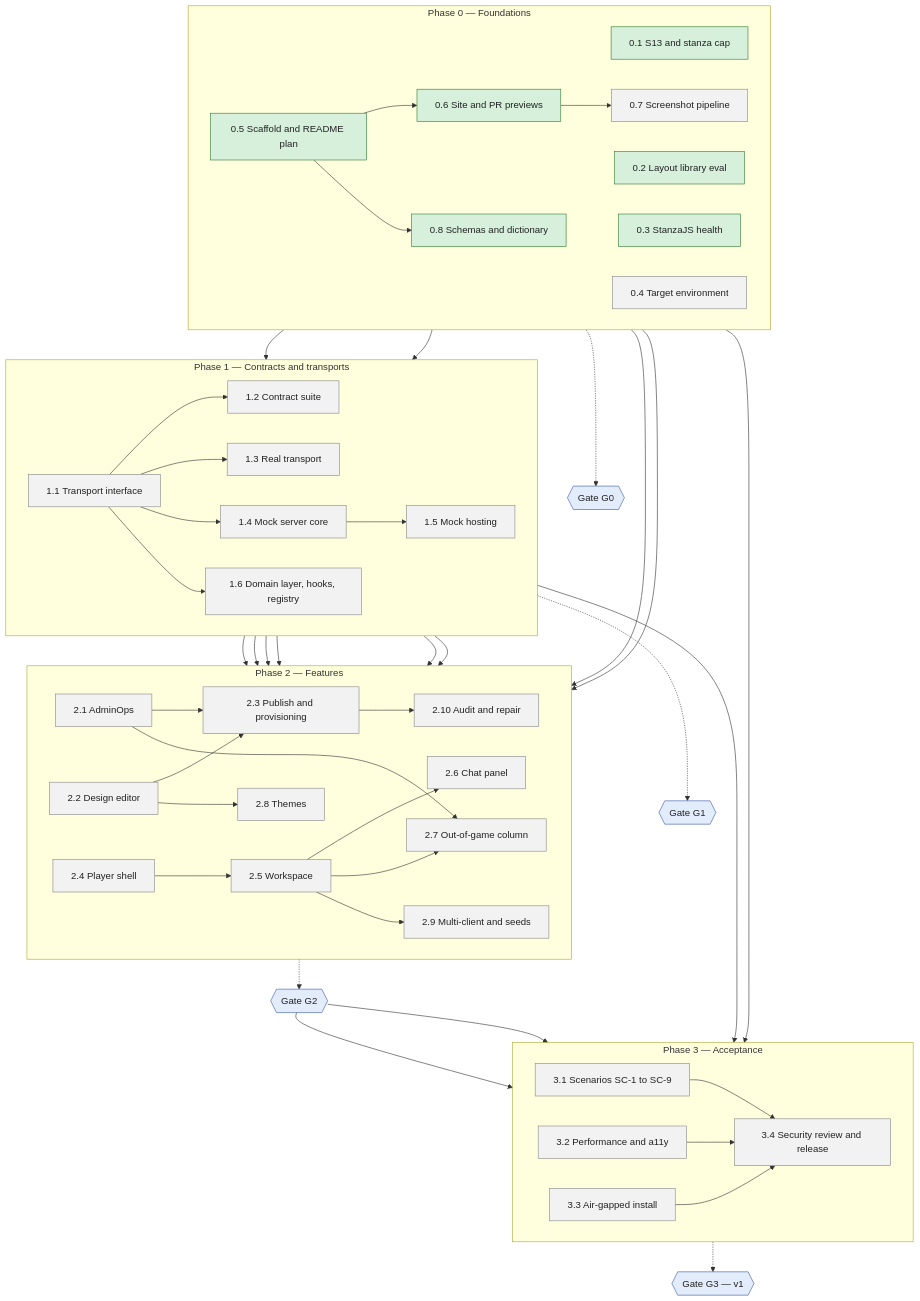
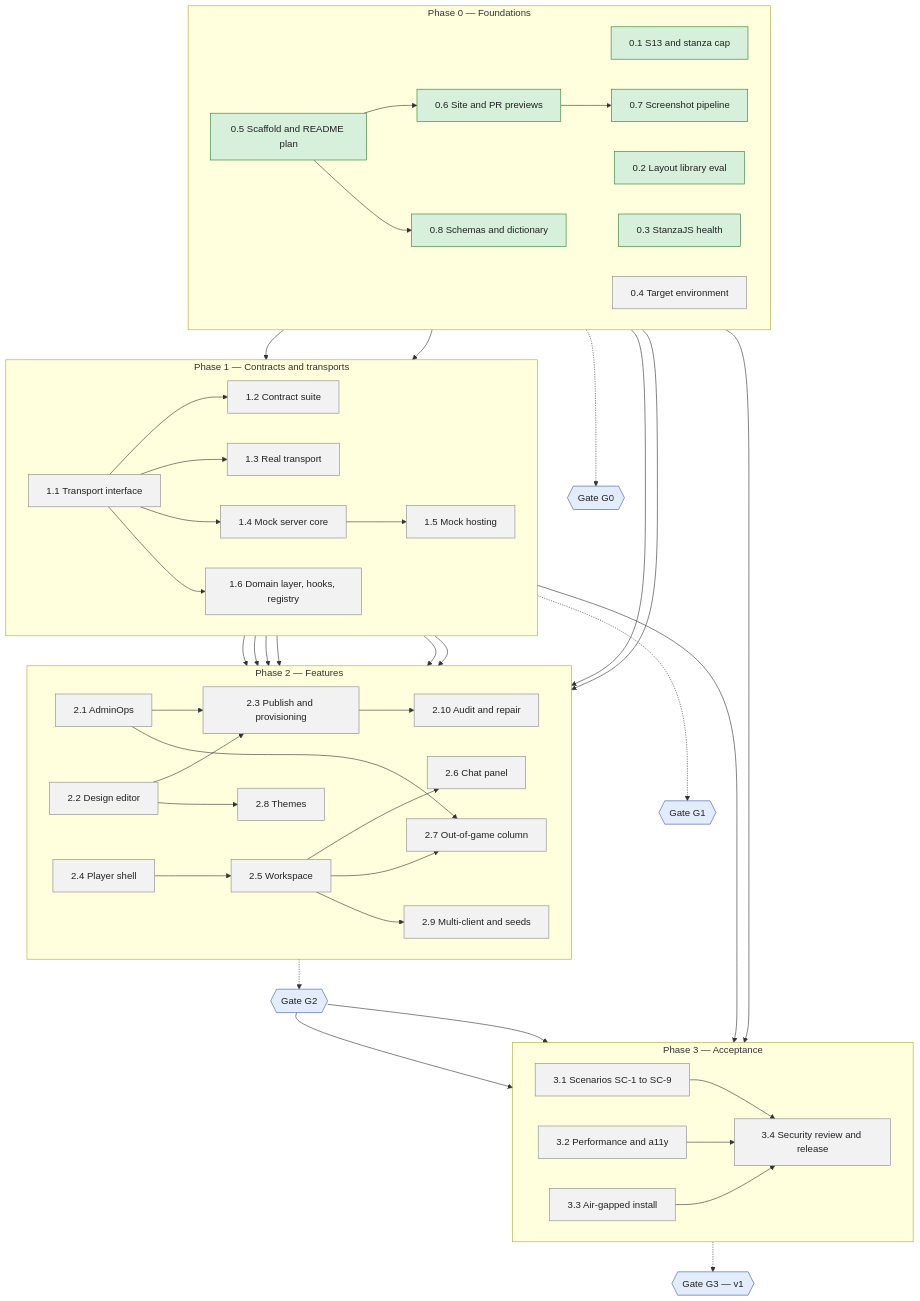
One commit to serge-web/war-rooms-x2 changed the diagram in README.md. Above: the diagram before and after it, drawn with Mermaid. The commit also changed 20 other files, not shown here.

````diff
--- a/README.md
+++ b/README.md
@@ -9,76 +9,76 @@
 ```mermaid
 flowchart TB
     subgraph P0["Phase 0 — Foundations"]
         direction LR
         wp01["0.1 S13 and stanza cap"]
         wp02["0.2 Layout library eval"]
         wp03["0.3 StanzaJS health"]
         wp04["0.4 Target environment"]
         wp05["0.5 Scaffold and README plan"]
         wp06["0.6 Site and PR previews"]
         wp07["0.7 Screenshot pipeline"]
         wp08["0.8 Schemas and dictionary"]
     end
     subgraph P1["Phase 1 — Contracts and transports"]
         direction LR
         wp11["1.1 Transport interface"]
         wp12["1.2 Contract suite"]
         wp13["1.3 Real transport"]
         wp14["1.4 Mock server core"]
         wp15["1.5 Mock hosting"]
         wp16["1.6 Domain layer, hooks, registry"]
     end
     subgraph P2["Phase 2 — Features"]
         direction LR
         wp21["2.1 AdminOps"]
         wp22["2.2 Design editor"]
         wp23["2.3 Publish and provisioning"]
         wp210["2.10 Audit and repair"]
         wp24["2.4 Player shell"]
         wp25["2.5 Workspace"]
         wp26["2.6 Chat panel"]
         wp27["2.7 Out-of-game column"]
         wp28["2.8 Themes"]
         wp29["2.9 Multi-client and seeds"]
     end
     subgraph P3["Phase 3 — Acceptance"]
         direction LR
         wp31["3.1 Scenarios SC-1 to SC-9"]
         wp32["3.2 Performance and a11y"]
         wp33["3.3 Air-gapped install"]
         wp34["3.4 Security review and release"]
     end
     G0{{"Gate G0"}}
     G1{{"Gate G1"}}
     G2{{"Gate G2"}}
     G3{{"Gate G3 — v1"}}
 
     wp05 --> wp06 --> wp07
     wp05 --> wp08
     wp03 & wp08 --> wp11
     wp11 --> wp12 & wp13 & wp14 & wp16
     wp14 --> wp15
     wp13 & wp16 & wp01 --> wp21
     wp16 --> wp22
     wp21 & wp22 --> wp23 --> wp210
     wp16 --> wp24
     wp02 & wp24 --> wp25 --> wp26
     wp25 & wp21 --> wp27
     wp16 & wp22 --> wp28
     wp15 & wp25 --> wp29
     wp04 & wp13 --> wp33
     wp31 & wp32 & wp33 --> wp34
     P0 -.-> G0
     P1 -.-> G1
     P2 -.-> G2
     G2 --> wp31 & wp32
     P3 -.-> G3
 
     classDef todo fill:#f2f2f2,stroke:#888,color:#222
     classDef active fill:#fff1c2,stroke:#c9a000,color:#222,stroke-width:2px
     classDef done fill:#d6f0dc,stroke:#2e7d32,color:#222
     classDef gate fill:#e3ecfa,stroke:#3b5bab,color:#222
-    class wp04,wp07,wp11,wp12,wp13,wp14,wp15,wp16,wp21,wp22,wp23,wp210,wp24,wp25,wp26,wp27,wp28,wp29,wp31,wp32,wp33,wp34 todo
-    class wp01,wp02,wp03,wp05,wp06,wp08 done
+    class wp04,wp11,wp12,wp13,wp14,wp15,wp16,wp21,wp22,wp23,wp210,wp24,wp25,wp26,wp27,wp28,wp29,wp31,wp32,wp33,wp34 todo
+    class wp01,wp02,wp03,wp05,wp06,wp07,wp08 done
     class G0,G1,G2,G3 gate
 ```
````
